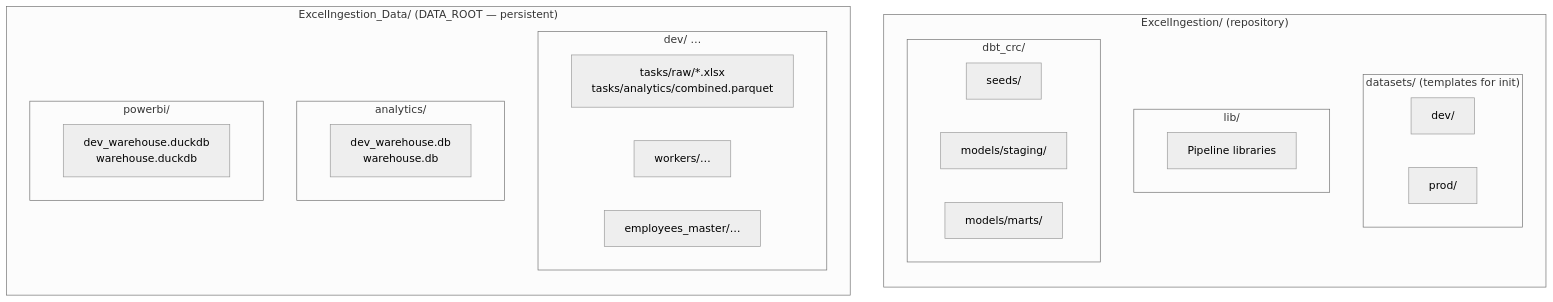
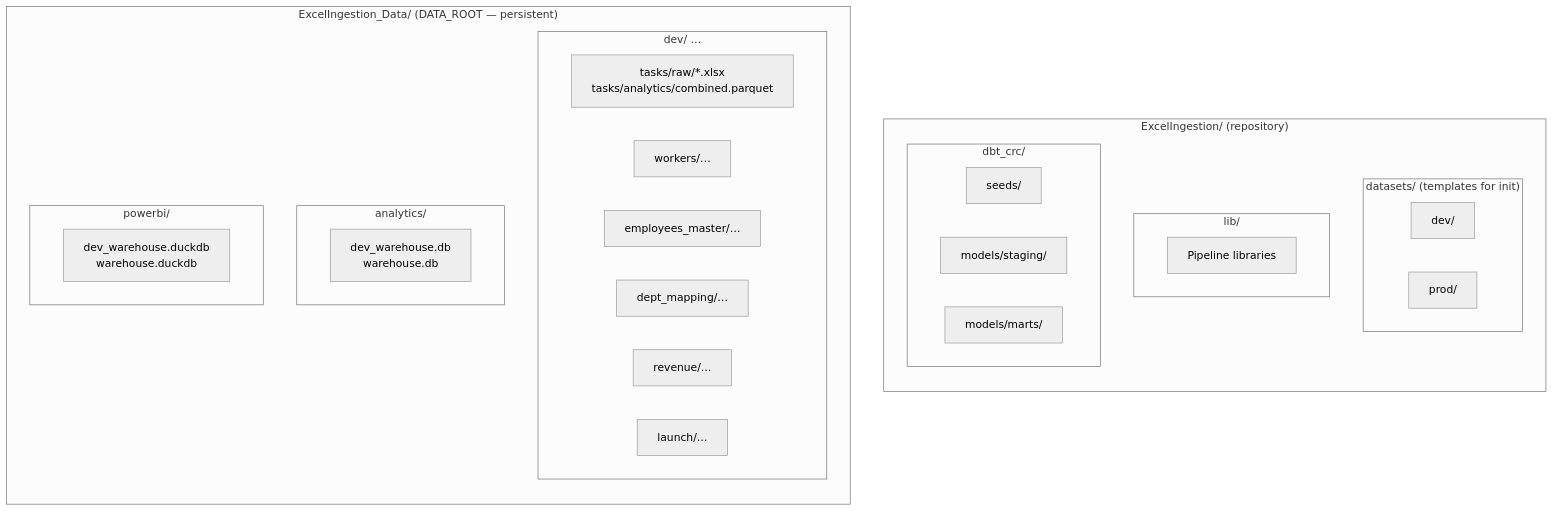
One commit to nnqtruong/ExcelIngestion changed the third of 6 diagrams in docs/DATA_FLOW_DIAGRAM.md. Above: the diagram before and after it, drawn with Mermaid (neutral theme). The commit also changed other lines of this file and 46 other files, not shown here.

````diff
--- a/docs/DATA_FLOW_DIAGRAM.md
+++ b/docs/DATA_FLOW_DIAGRAM.md
@@ -147,39 +158,42 @@
 ```mermaid
 flowchart TB
     subgraph REPO["ExcelIngestion/ (repository)"]
         direction TB
 
         subgraph DATASETS["datasets/ (templates for init)"]
             DEV["dev/"]
             PROD["prod/"]
         end
 
         subgraph LIB["lib/"]
             L1["Pipeline libraries"]
         end
 
         subgraph DBT["dbt_crc/"]
             DBT_SEEDS["seeds/"]
             DBT_STAGING["models/staging/"]
             DBT_MARTS["models/marts/"]
         end
     end
 
     subgraph EROOT["ExcelIngestion_Data/ (DATA_ROOT — persistent)"]
         direction TB
 
         subgraph EDEV["dev/ …"]
             D_TASKS["tasks/raw/*.xlsx<br/>tasks/analytics/combined.parquet"]
             D_WORKERS["workers/…"]
             D_EMPLOYEES["employees_master/…"]
+            D_DEPT["dept_mapping/…"]
+            D_REVENUE["revenue/…"]
+            D_LAUNCH["launch/…"]
         end
 
         subgraph EANALYTICS["analytics/"]
             A_SQLITE["dev_warehouse.db<br/>warehouse.db"]
         end
 
         subgraph EPOWERBI["powerbi/"]
             P_DUCKDB["dev_warehouse.duckdb<br/>warehouse.duckdb"]
         end
     end
 ```
````
